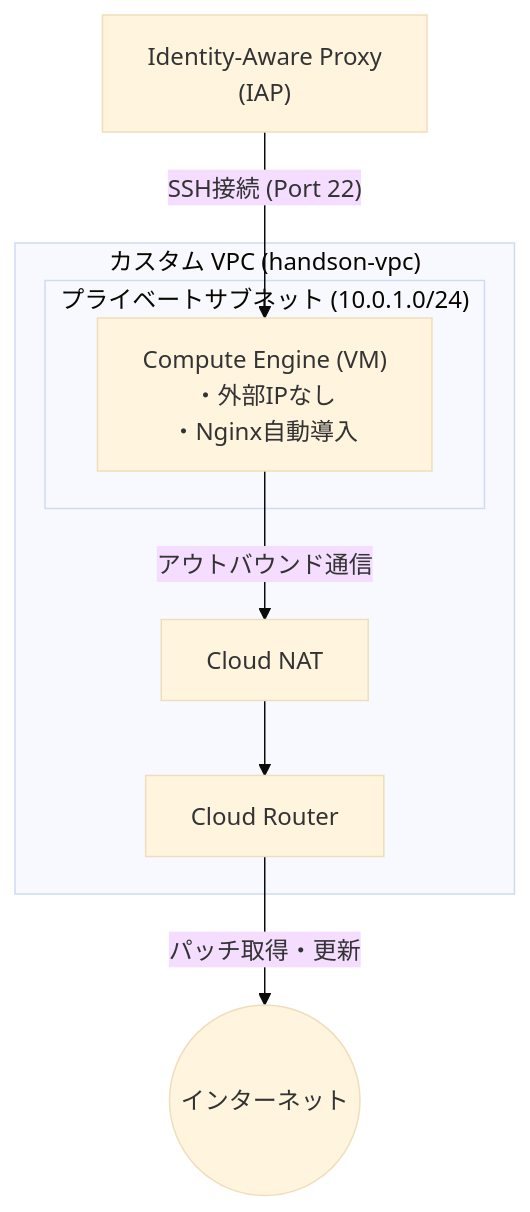
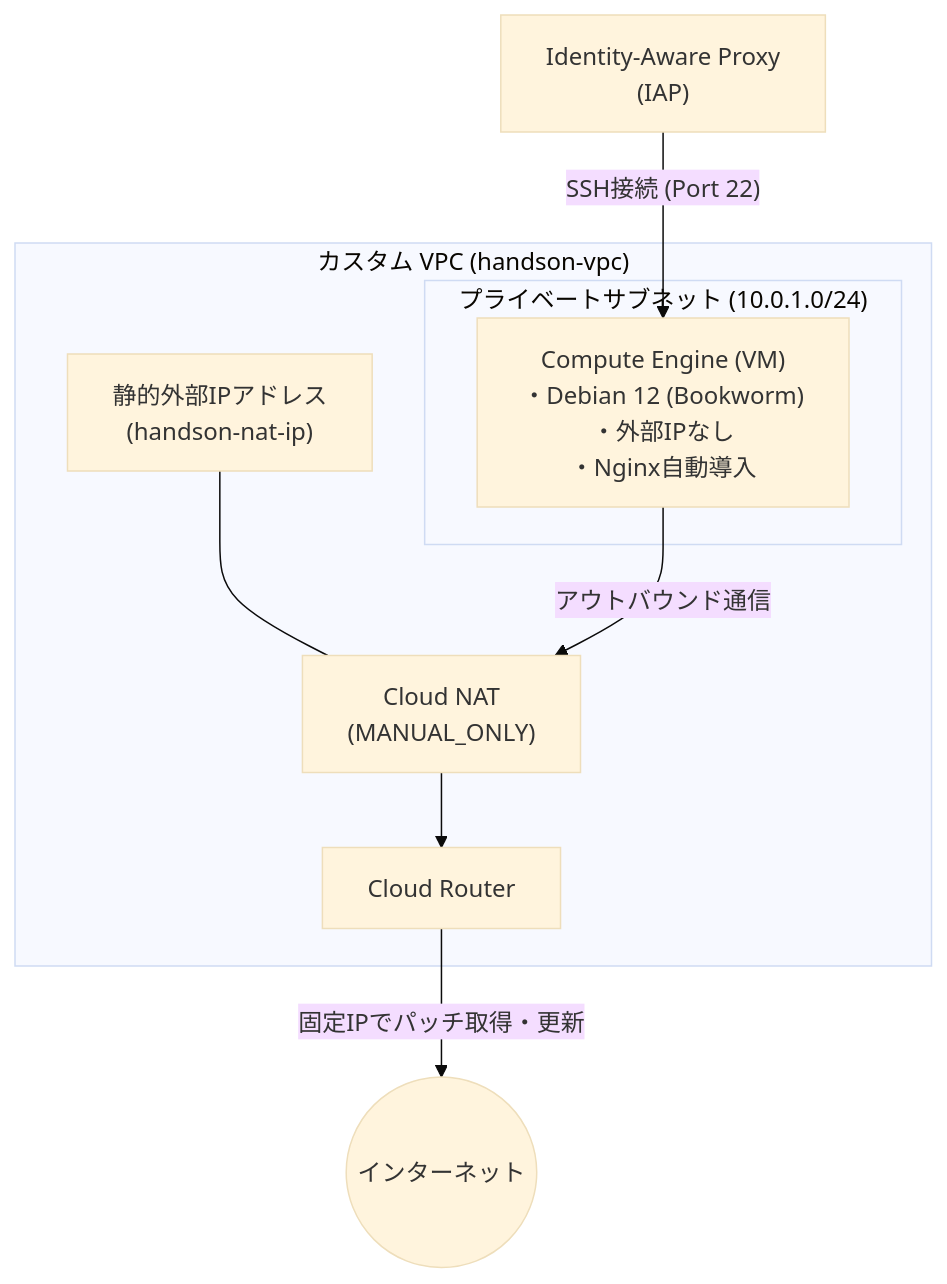
The diagram in scenario1/README.md (iganari/handson-terraform-on-googlecloud), drawn with Mermaid (base theme) before and after one commit. The commit also changed other lines of this file, not shown here.

````diff
--- a/scenario1/README.md
+++ b/scenario1/README.md
@@ -9,19 +9,21 @@
 ```mermaid
 flowchart TD
     Internet((インターネット))
     IAP["Identity-Aware Proxy<br/>(IAP)"]
 
     subgraph VPC ["カスタム VPC (handson-vpc)"]
         Router["Cloud Router"]
-        NAT["Cloud NAT"]
+        NAT_IP["静的外部IPアドレス<br/>(handson-nat-ip)"]
+        NAT["Cloud NAT<br/>(MANUAL_ONLY)"]
         
         subgraph Subnet ["プライベートサブネット (10.0.1.0/24)"]
-            VM["Compute Engine (VM)<br/>・外部IPなし<br/>・Nginx自動導入"]
+            VM["Compute Engine (VM)<br/>・Debian 12 (Bookworm)<br/>・外部IPなし<br/>・Nginx自動導入"]
         end
     end
 
+    NAT_IP --- NAT
     VM -->|"アウトバウンド通信"| NAT
     NAT --> Router
-    Router -->|"パッチ取得・更新"| Internet
+    Router -->|"固定IPでパッチ取得・更新"| Internet
     IAP -->|"SSH接続 (Port 22)"| VM
 ```
````
